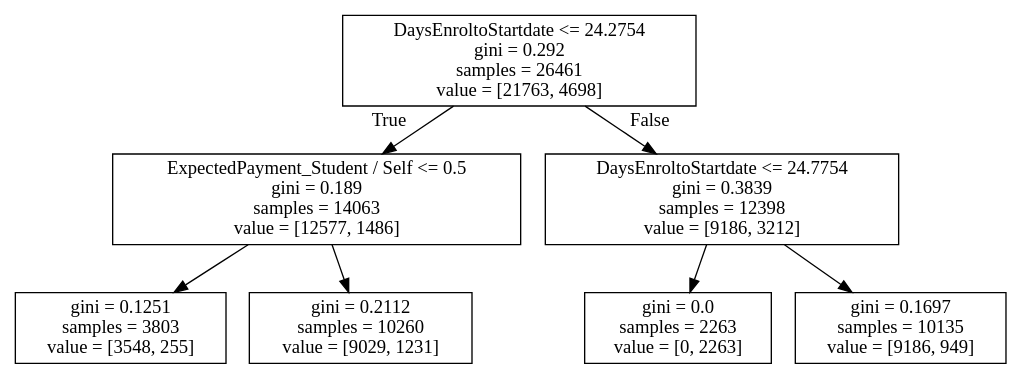
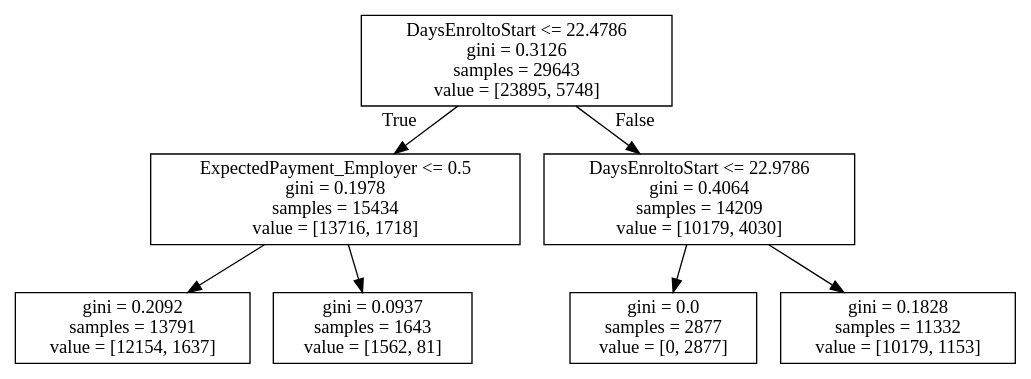
One commit to mikaelasquirchuk/dat8syd-project changed the diagram in decisiontree.dot. Above: the diagram before and after it, drawn with Graphviz. The commit also changed 51 other files, not shown here.

```diff
--- a/decisiontree.dot
+++ b/decisiontree.dot
@@ -1,16 +1,16 @@
 digraph Tree {
 node [shape=box] ;
-0 [label="DaysEnroltoStartdate <= 24.2754\ngini = 0.292\nsamples = 26461\nvalue = [21763, 4698]"] ;
-1 [label="ExpectedPayment_Student / Self <= 0.5\ngini = 0.189\nsamples = 14063\nvalue = [12577, 1486]"] ;
+0 [label="DaysEnroltoStart <= 22.4786\ngini = 0.3126\nsamples = 29643\nvalue = [23895, 5748]"] ;
+1 [label="ExpectedPayment_Employer <= 0.5\ngini = 0.1978\nsamples = 15434\nvalue = [13716, 1718]"] ;
 0 -> 1 [labeldistance=2.5, labelangle=45, headlabel="True"] ;
-2 [label="gini = 0.1251\nsamples = 3803\nvalue = [3548, 255]"] ;
+2 [label="gini = 0.2092\nsamples = 13791\nvalue = [12154, 1637]"] ;
 1 -> 2 ;
-3 [label="gini = 0.2112\nsamples = 10260\nvalue = [9029, 1231]"] ;
+3 [label="gini = 0.0937\nsamples = 1643\nvalue = [1562, 81]"] ;
 1 -> 3 ;
-4 [label="DaysEnroltoStartdate <= 24.7754\ngini = 0.3839\nsamples = 12398\nvalue = [9186, 3212]"] ;
+4 [label="DaysEnroltoStart <= 22.9786\ngini = 0.4064\nsamples = 14209\nvalue = [10179, 4030]"] ;
 0 -> 4 [labeldistance=2.5, labelangle=-45, headlabel="False"] ;
-5 [label="gini = 0.0\nsamples = 2263\nvalue = [0, 2263]"] ;
+5 [label="gini = 0.0\nsamples = 2877\nvalue = [0, 2877]"] ;
 4 -> 5 ;
-6 [label="gini = 0.1697\nsamples = 10135\nvalue = [9186, 949]"] ;
+6 [label="gini = 0.1828\nsamples = 11332\nvalue = [10179, 1153]"] ;
 4 -> 6 ;
 }
```
